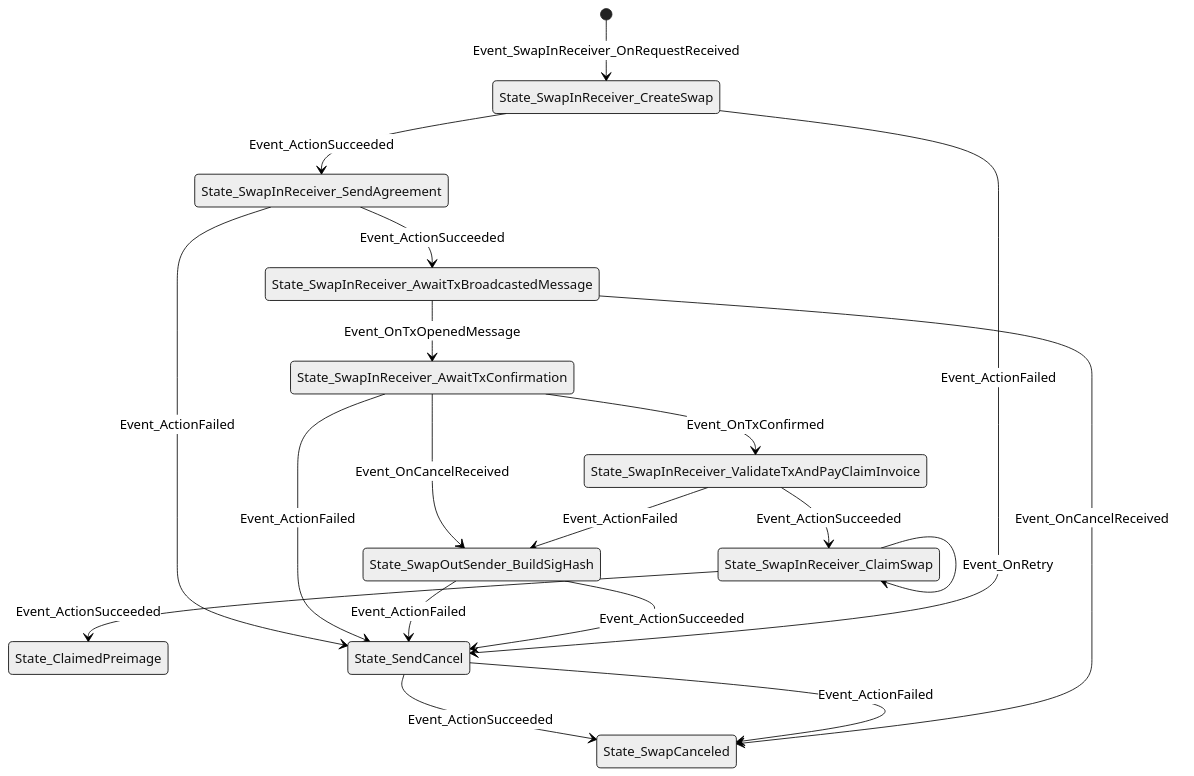
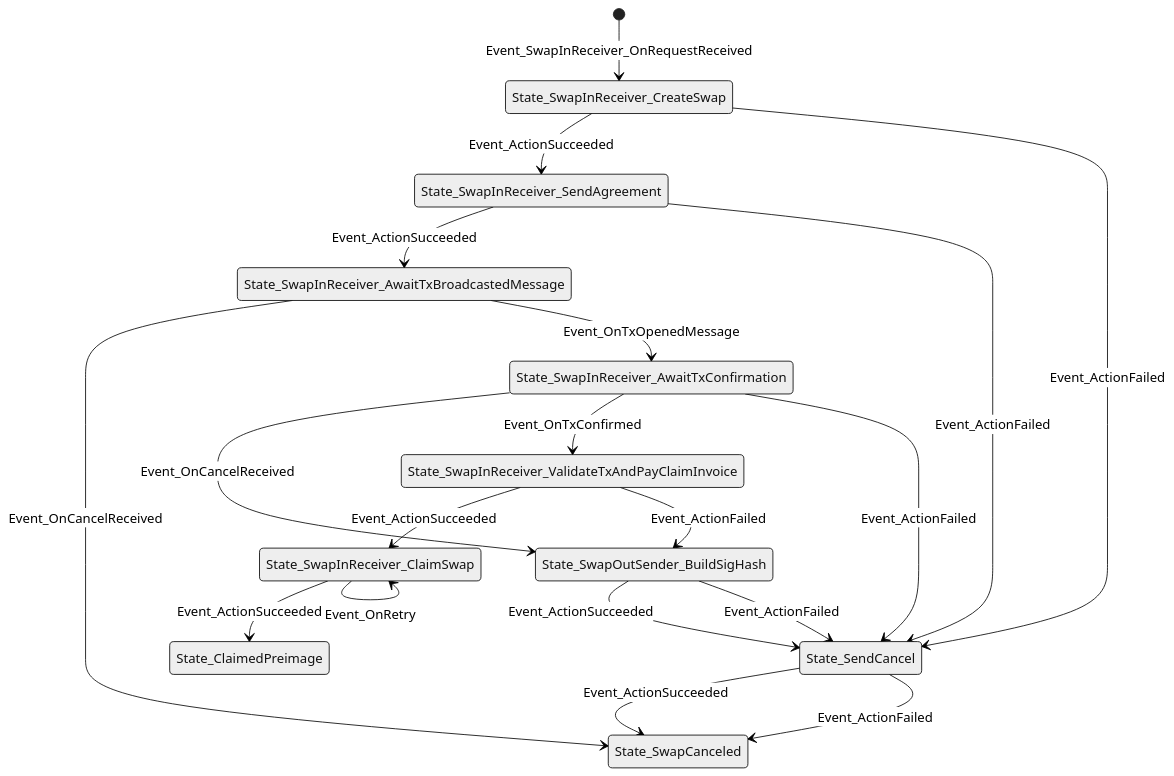
One commit to ElementsProject/peerswap changed the diagram in docs/swap-in-receiver-states.md. Above: the diagram before and after it, drawn with Mermaid (neutral theme). The commit also changed other lines of this file and 12 other files, not shown here.

````diff
--- a/docs/swap-in-receiver-states.md
+++ b/docs/swap-in-receiver-states.md
@@ -1,31 +1,31 @@
 ```mermaid
 stateDiagram-v2
+State_SwapInReceiver_ValidateTxAndPayClaimInvoice
+State_SwapInReceiver_ValidateTxAndPayClaimInvoice --> State_SwapInReceiver_ClaimSwap: Event_ActionSucceeded
+State_SwapInReceiver_ValidateTxAndPayClaimInvoice --> State_SwapOutSender_BuildSigHash: Event_ActionFailed
 State_ClaimedPreimage
-State_SendCancel
-State_SendCancel --> State_SwapCanceled: Event_ActionSucceeded
-State_SendCancel --> State_SwapCanceled: Event_ActionFailed
-[*] --> State_SwapInReceiver_CreateSwap: Event_SwapInReceiver_OnRequestReceived
-State_SwapInReceiver_SendAgreement
-State_SwapInReceiver_SendAgreement --> State_SendCancel: Event_ActionFailed
-State_SwapInReceiver_SendAgreement --> State_SwapInReceiver_AwaitTxBroadcastedMessage: Event_ActionSucceeded
-State_SwapInReceiver_AwaitTxBroadcastedMessage
-State_SwapInReceiver_AwaitTxBroadcastedMessage --> State_SwapInReceiver_AwaitTxConfirmation: Event_OnTxOpenedMessage
-State_SwapInReceiver_AwaitTxBroadcastedMessage --> State_SwapCanceled: Event_OnCancelReceived
+State_SwapCanceled
 State_SwapInReceiver_AwaitTxConfirmation
 State_SwapInReceiver_AwaitTxConfirmation --> State_SwapOutSender_BuildSigHash: Event_OnCancelReceived
 State_SwapInReceiver_AwaitTxConfirmation --> State_SwapInReceiver_ValidateTxAndPayClaimInvoice: Event_OnTxConfirmed
 State_SwapInReceiver_AwaitTxConfirmation --> State_SendCancel: Event_ActionFailed
 State_SwapOutSender_BuildSigHash
+State_SwapOutSender_BuildSigHash --> State_SendCancel: Event_ActionSucceeded
 State_SwapOutSender_BuildSigHash --> State_SendCancel: Event_ActionFailed
-State_SwapOutSender_BuildSigHash --> State_SendCancel: Event_ActionSucceeded
+State_SwapInReceiver_ClaimSwap
+State_SwapInReceiver_ClaimSwap --> State_ClaimedPreimage: Event_ActionSucceeded
+State_SwapInReceiver_ClaimSwap --> State_SwapInReceiver_ClaimSwap: Event_OnRetry
+State_SendCancel
+State_SendCancel --> State_SwapCanceled: Event_ActionSucceeded
+State_SendCancel --> State_SwapCanceled: Event_ActionFailed
+[*] --> State_SwapInReceiver_CreateSwap: Event_SwapInReceiver_OnRequestReceived
 State_SwapInReceiver_CreateSwap
 State_SwapInReceiver_CreateSwap --> State_SwapInReceiver_SendAgreement: Event_ActionSucceeded
 State_SwapInReceiver_CreateSwap --> State_SendCancel: Event_ActionFailed
-State_SwapInReceiver_ValidateTxAndPayClaimInvoice
-State_SwapInReceiver_ValidateTxAndPayClaimInvoice --> State_SwapInReceiver_ClaimSwap: Event_ActionSucceeded
-State_SwapInReceiver_ValidateTxAndPayClaimInvoice --> State_SwapOutSender_BuildSigHash: Event_ActionFailed
-State_SwapInReceiver_ClaimSwap
-State_SwapInReceiver_ClaimSwap --> State_ClaimedPreimage: Event_ActionSucceeded
-State_SwapInReceiver_ClaimSwap --> State_SwapInReceiver_ClaimSwap: Event_OnRetry
-State_SwapCanceled
+State_SwapInReceiver_SendAgreement
+State_SwapInReceiver_SendAgreement --> State_SwapInReceiver_AwaitTxBroadcastedMessage: Event_ActionSucceeded
+State_SwapInReceiver_SendAgreement --> State_SendCancel: Event_ActionFailed
+State_SwapInReceiver_AwaitTxBroadcastedMessage
+State_SwapInReceiver_AwaitTxBroadcastedMessage --> State_SwapCanceled: Event_OnCancelReceived
+State_SwapInReceiver_AwaitTxBroadcastedMessage --> State_SwapInReceiver_AwaitTxConfirmation: Event_OnTxOpenedMessage
 ```
````
